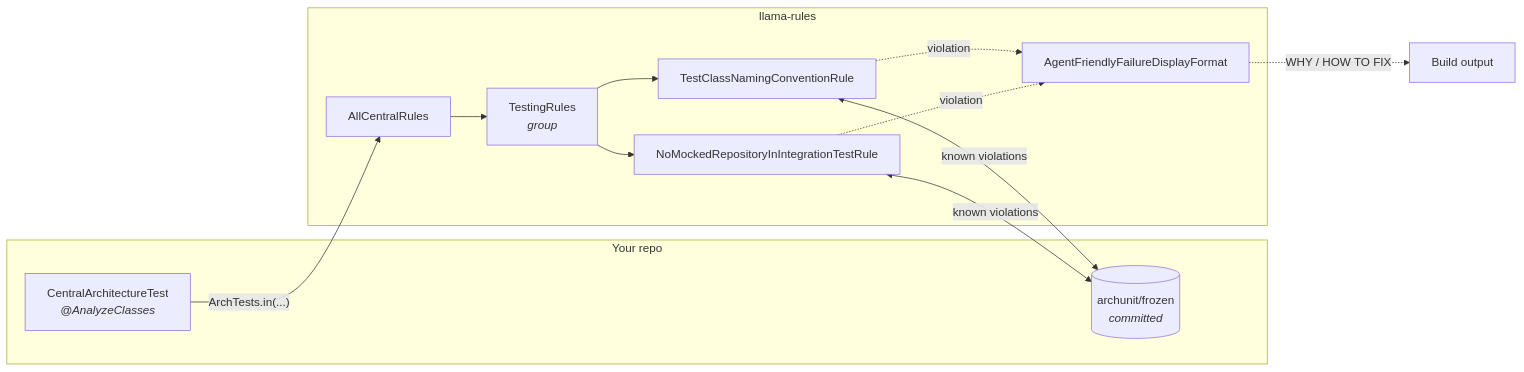
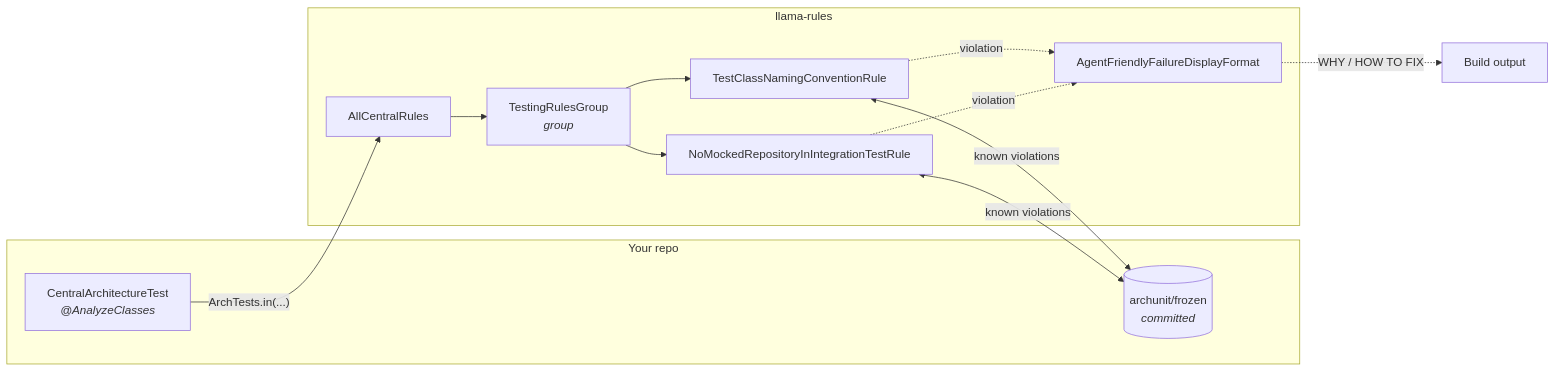
The first of 2 diagrams in README.md (MilczekT1/Corral), drawn with Mermaid before and after one commit. The commit also changed other lines of this file, not shown here.

````diff
--- a/README.md
+++ b/README.md
@@ -19,23 +19,23 @@
 ```mermaid
 flowchart LR
     subgraph consumer["Your repo"]
         CT["CentralArchitectureTest<br/><i>@AnalyzeClasses</i>"]
         STORE[("archunit/frozen<br/><i>committed</i>")]
     end
 
     subgraph lib["llama-rules"]
         ACR["AllCentralRules"]
-        TG["TestingRules<br/><i>group</i>"]
+        TG["TestingRulesGroup<br/><i>group</i>"]
         R1["TestClassNamingConventionRule"]
         R2["NoMockedRepositoryInIntegrationTestRule"]
         FMT["AgentFriendlyFailureDisplayFormat"]
     end
 
     CT -->|"ArchTests.in(...)"| ACR
     ACR --> TG
     TG --> R1
     TG --> R2
     R1 & R2 -.->|"violation"| FMT
     FMT -.->|"WHY / HOW TO FIX"| OUT["Build output"]
     R1 & R2 <-->|"known violations"| STORE
 ```
````
